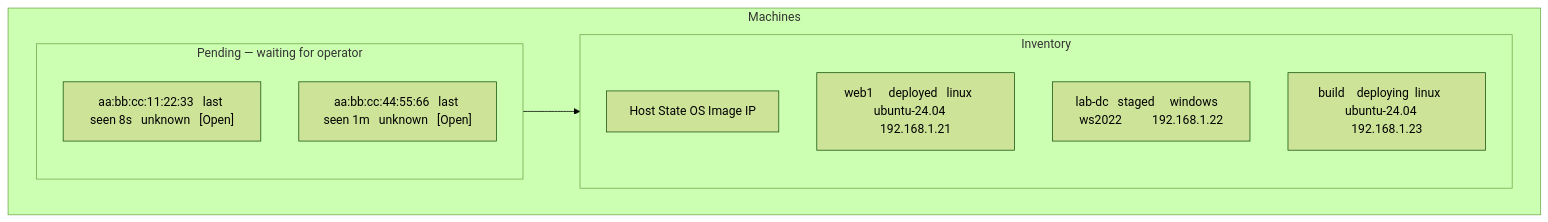
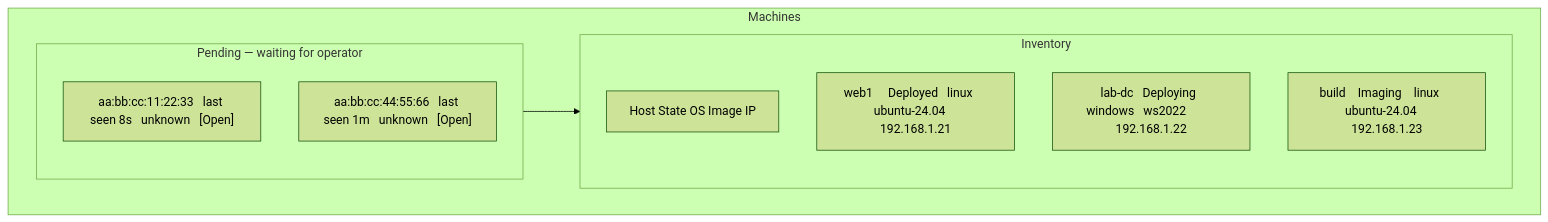
Before and after one commit to hometinker12/home-lab-pxe: diagram 12 of 24 in ARCHITECTURE.md, drawn with Mermaid (forest theme). The commit also changed other lines of this file and 47 other files, not shown here.

````diff
--- a/ARCHITECTURE.md
+++ b/ARCHITECTURE.md
@@ -271,16 +277,16 @@
 ```mermaid
 flowchart TB
   subgraph list["Machines"]
     subgraph pendingBox["Pending — waiting for operator"]
       P1["aa:bb:cc:11:22:33   last seen 8s   unknown   [Open]"]
       P2["aa:bb:cc:44:55:66   last seen 1m   unknown   [Open]"]
     end
     subgraph grid["Inventory"]
       H["Host     State      OS        Image           IP"]
-      R1["web1     deployed   linux     ubuntu-24.04    192.168.1.21"]
-      R2["lab-dc   staged     windows   ws2022          192.168.1.22"]
-      R3["build    deploying  linux     ubuntu-24.04    192.168.1.23"]
+      R1["web1     Deployed   linux     ubuntu-24.04    192.168.1.21"]
+      R2["lab-dc   Deploying  windows   ws2022          192.168.1.22"]
+      R3["build    Imaging    linux     ubuntu-24.04    192.168.1.23"]
     end
   end
   pendingBox --> grid
 ```
````
